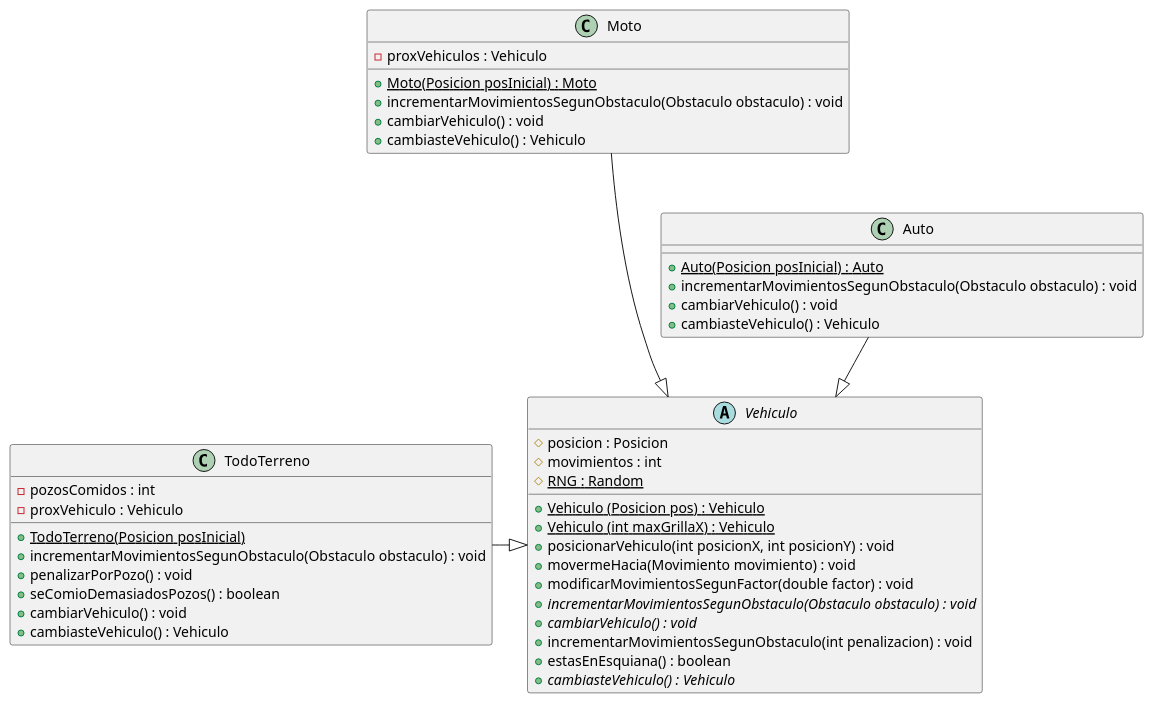
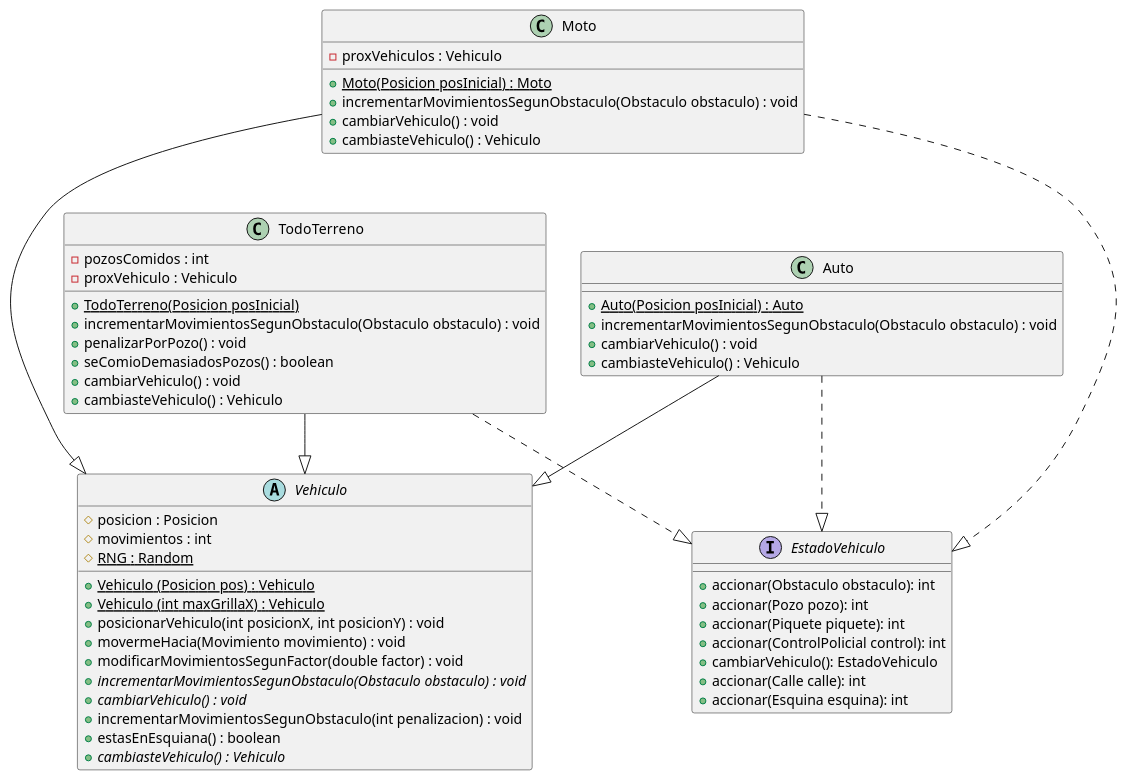
The diagram in Entrega3/DiagramaDeClases/DiagramaDeClasesVehiculos.puml (kikiymini/algo3_tp2), drawn with PlantUML before and after one commit. The commit also changed 11 other files, not shown here.

```diff
--- a/Entrega3/DiagramaDeClases/DiagramaDeClasesVehiculos.puml
+++ b/Entrega3/DiagramaDeClases/DiagramaDeClasesVehiculos.puml
@@ -1,53 +1,67 @@
 @startuml
     'https://plantuml.com/class-diagram
 
 
     abstract Vehiculo{
         # posicion : Posicion
         # movimientos : int
         # {static} RNG : Random
 
         + {static} Vehiculo (Posicion pos) : Vehiculo
         + {static} Vehiculo (int maxGrillaX) : Vehiculo
         + posicionarVehiculo(int posicionX, int posicionY) : void
         + movermeHacia(Movimiento movimiento) : void
         + modificarMovimientosSegunFactor(double factor) : void
         + {abstract} incrementarMovimientosSegunObstaculo(Obstaculo obstaculo) : void
         + {abstract} cambiarVehiculo() : void
         + incrementarMovimientosSegunObstaculo(int penalizacion) : void
         + estasEnEsquiana() : boolean
         + {abstract} cambiasteVehiculo() : Vehiculo
     }
 
 
     class Moto{
         - proxVehiculos : Vehiculo
         + {static} Moto(Posicion posInicial) : Moto
         + incrementarMovimientosSegunObstaculo(Obstaculo obstaculo) : void
         + cambiarVehiculo() : void
         + cambiasteVehiculo() : Vehiculo
     }
 
     class Auto{
         + {static} Auto(Posicion posInicial) : Auto
         + incrementarMovimientosSegunObstaculo(Obstaculo obstaculo) : void
         + cambiarVehiculo() : void
         + cambiasteVehiculo() : Vehiculo
     }
 
     class TodoTerreno{
         - pozosComidos : int
         - proxVehiculo : Vehiculo
         + {static} TodoTerreno(Posicion posInicial)
         + incrementarMovimientosSegunObstaculo(Obstaculo obstaculo) : void
         + penalizarPorPozo() : void
         + seComioDemasiadosPozos() : boolean
         + cambiarVehiculo() : void
         + cambiasteVehiculo() : Vehiculo
     }
 
+    interface EstadoVehiculo {
+        + accionar(Obstaculo obstaculo): int
+        + accionar(Pozo pozo): int
+        + accionar(Piquete piquete): int
+        + accionar(ControlPolicial control): int
+        + cambiarVehiculo(): EstadoVehiculo
+        + accionar(Calle calle): int
+        + accionar(Esquina esquina): int
+    }
+
+    Moto ..|> EstadoVehiculo
+    TodoTerreno ..|> EstadoVehiculo
+    Auto ..|> EstadoVehiculo
+    TodoTerreno -|> Vehiculo
     Moto ---|> Vehiculo
     Auto --|> Vehiculo
-    TodoTerreno -|> Vehiculo
+
 
 @enduml
```
